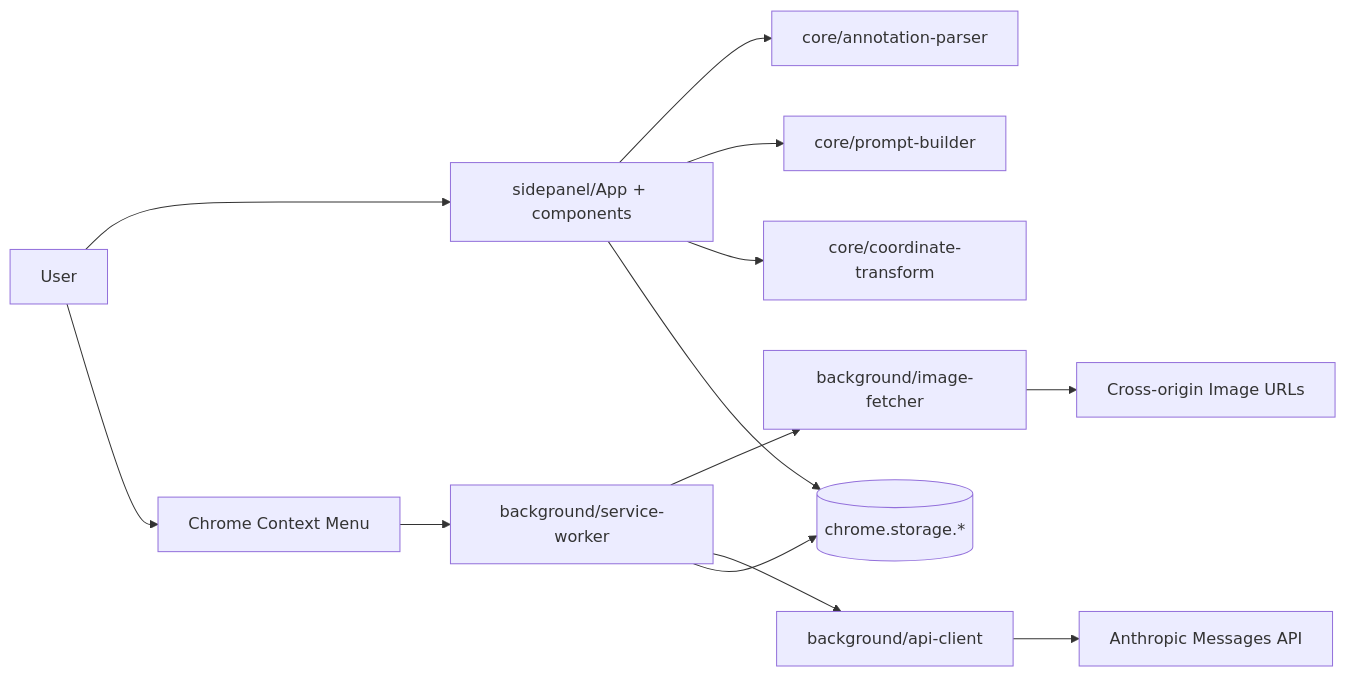
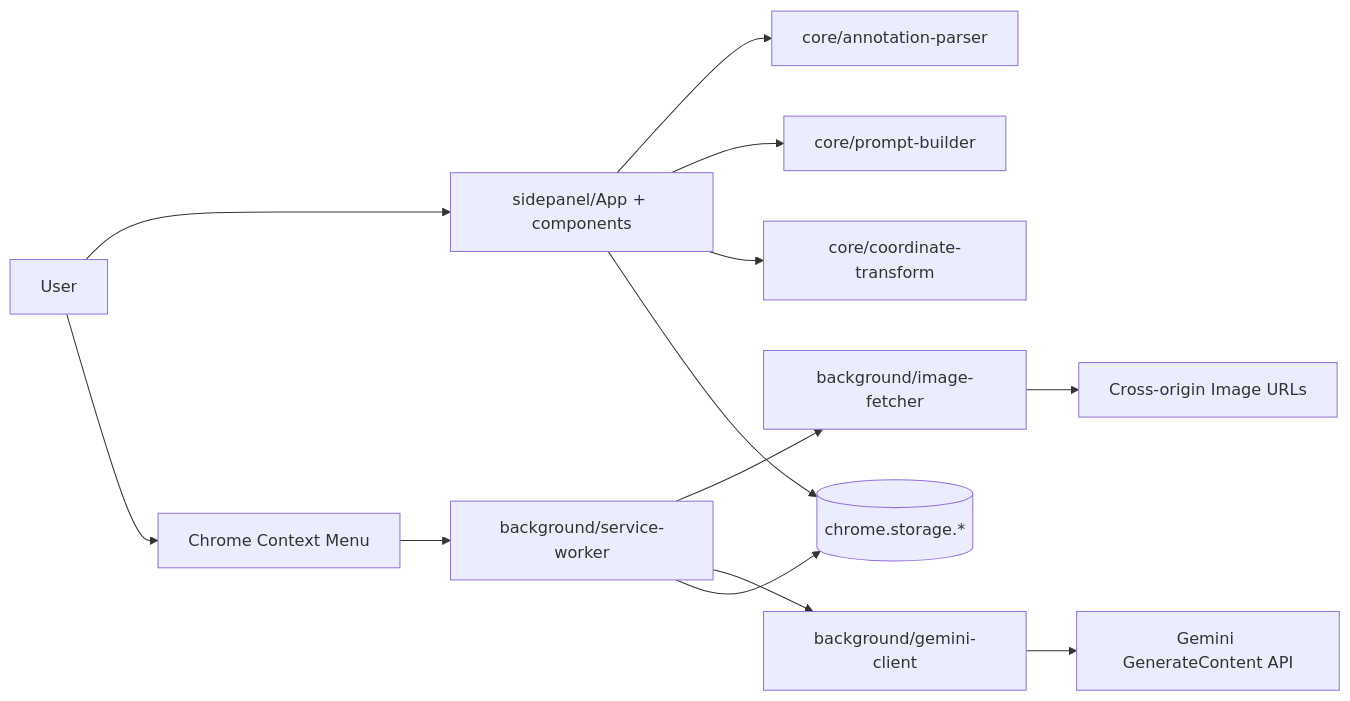
Before and after one commit to Hungbk295/Lala_banana: the second of 5 diagrams in docs/specs/001-ai-annotation-extension/solution-design.md, drawn with Mermaid. The commit also changed other lines of this file and 6 other files, not shown here.

````diff
--- a/docs/specs/001-ai-annotation-extension/solution-design.md
+++ b/docs/specs/001-ai-annotation-extension/solution-design.md
@@ -209,15 +202,15 @@
 ```mermaid
 graph LR
     User --> SidePanelUI[sidepanel/App + components]
     User --> ContextMenu[Chrome Context Menu]
     ContextMenu --> ServiceWorker[background/service-worker]
     ServiceWorker --> ImageFetcher[background/image-fetcher]
-    ServiceWorker --> APIClient[background/api-client]
+    ServiceWorker --> APIClient[background/gemini-client]
     SidePanelUI --> AnnotationParser[core/annotation-parser]
     SidePanelUI --> PromptBuilder[core/prompt-builder]
     SidePanelUI --> CoordTransform[core/coordinate-transform]
-    APIClient --> ClaudeAPI[Anthropic Messages API]
+    APIClient --> GeminiAPI[Gemini GenerateContent API]
     ImageFetcher --> ExternalImages[Cross-origin Image URLs]
     ServiceWorker --> ChromeStorage[(chrome.storage.*)]
     SidePanelUI --> ChromeStorage
 ```
````
